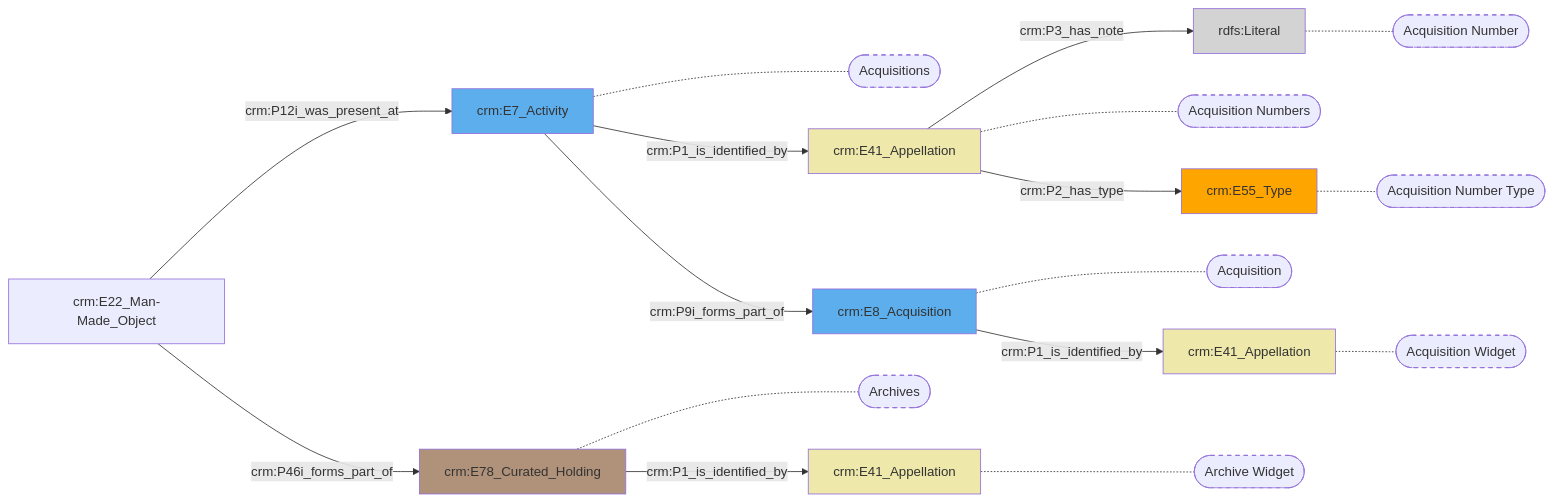
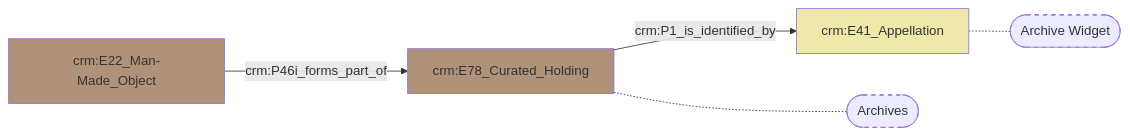
One commit to digipolisantwerpdocumentation/antwerp-cultureel-erfgoed changed the diagram in docs/content/modellen/ArchiefItemMaterieel/Context.md. Above: the diagram before and after it, drawn with Mermaid. The commit also changed 32 other files, not shown here.

````diff
--- a/docs/content/modellen/ArchiefItemMaterieel/Context.md
+++ b/docs/content/modellen/ArchiefItemMaterieel/Context.md
@@ -1,35 +1,12 @@
 ```mermaid
 graph LR
-3dd7317e-b4e3-11ec-9349-9cf387da2c40["crm:E41_Appellation"]-->|"crm:P3_has_note"|52db2ac6-b4e3-11ec-9349-9cf387da2c40(rdfs:Literal)
-1dcf1ebe-b4e3-11ec-9349-9cf387da2c40["crm:E41_Appellation"]-.-1dcf1ebe-b4e3-11ec-9349-9cf387da2c40_s(["Acquisition Widget"])
-6da8f02c-b4e3-11ec-9349-9cf387da2c40["crm:E55_Type"]-.-6da8f02c-b4e3-11ec-9349-9cf387da2c40_s(["Acquisition Number Type"])
-52db2ac6-b4e3-11ec-9349-9cf387da2c40["rdfs:Literal"]-.-52db2ac6-b4e3-11ec-9349-9cf387da2c40_s(["Acquisition Number"])
-3dd7317e-b4e3-11ec-9349-9cf387da2c40["crm:E41_Appellation"]-.-3dd7317e-b4e3-11ec-9349-9cf387da2c40_s(["Acquisition Numbers"])
-076d1fc2-b4e3-11ec-9349-9cf387da2c40["crm:E8_Acquisition"]-.-076d1fc2-b4e3-11ec-9349-9cf387da2c40_s(["Acquisition"])
+d1dc46aa-a5fe-11ec-b19f-9cf387da2c40["crm:E78_Curated_Holding"]-->|"crm:P1_is_identified_by"|d1dd8b50-a5fe-11ec-b19f-9cf387da2c40["crm:E41_Appellation"]
+d1dd96e0-a5fe-11ec-b19f-9cf387da2c40["crm:E22_Man-Made_Object"]-->|"crm:P46i_forms_part_of"|d1dc46aa-a5fe-11ec-b19f-9cf387da2c40["crm:E78_Curated_Holding"]
 d1dd8b50-a5fe-11ec-b19f-9cf387da2c40["crm:E41_Appellation"]-.-d1dd8b50-a5fe-11ec-b19f-9cf387da2c40_s(["Archive Widget"])
-cb619fd0-b4e2-11ec-9349-9cf387da2c40["crm:E7_Activity"]-.-cb619fd0-b4e2-11ec-9349-9cf387da2c40_s(["Acquisitions"])
 d1dc46aa-a5fe-11ec-b19f-9cf387da2c40["crm:E78_Curated_Holding"]-.-d1dc46aa-a5fe-11ec-b19f-9cf387da2c40_s(["Archives"])
-076d1fc2-b4e3-11ec-9349-9cf387da2c40["crm:E8_Acquisition"]-->|"crm:P1_is_identified_by"|1dcf1ebe-b4e3-11ec-9349-9cf387da2c40["crm:E41_Appellation"]
-3dd7317e-b4e3-11ec-9349-9cf387da2c40["crm:E41_Appellation"]-->|"crm:P2_has_type"|6da8f02c-b4e3-11ec-9349-9cf387da2c40["crm:E55_Type"]
-cb619fd0-b4e2-11ec-9349-9cf387da2c40["crm:E7_Activity"]-->|"crm:P1_is_identified_by"|3dd7317e-b4e3-11ec-9349-9cf387da2c40["crm:E41_Appellation"]
-cb619fd0-b4e2-11ec-9349-9cf387da2c40["crm:E7_Activity"]-->|"crm:P9i_forms_part_of"|076d1fc2-b4e3-11ec-9349-9cf387da2c40["crm:E8_Acquisition"]
-d1dc46aa-a5fe-11ec-b19f-9cf387da2c40["crm:E78_Curated_Holding"]-->|"crm:P1_is_identified_by"|d1dd8b50-a5fe-11ec-b19f-9cf387da2c40["crm:E41_Appellation"]
-d1dd96e0-a5fe-11ec-b19f-9cf387da2c40["crm:E22_Man-Made_Object"]-->|"crm:P12i_was_present_at"|cb619fd0-b4e2-11ec-9349-9cf387da2c40["crm:E7_Activity"]
-d1dd96e0-a5fe-11ec-b19f-9cf387da2c40["crm:E22_Man-Made_Object"]-->|"crm:P46i_forms_part_of"|d1dc46aa-a5fe-11ec-b19f-9cf387da2c40["crm:E78_Curated_Holding"]
-style 076d1fc2-b4e3-11ec-9349-9cf387da2c40 fill:#5DAEEC
-style 1dcf1ebe-b4e3-11ec-9349-9cf387da2c40 fill:#EEE8AA
-style 3dd7317e-b4e3-11ec-9349-9cf387da2c40 fill:#EEE8AA
-style 52db2ac6-b4e3-11ec-9349-9cf387da2c40 fill:#D3D3D3
-style 6da8f02c-b4e3-11ec-9349-9cf387da2c40 fill:#ffa500
-style cb619fd0-b4e2-11ec-9349-9cf387da2c40 fill:#5DAEEC
+style d1dd8b50-a5fe-11ec-b19f-9cf387da2c40_s stroke-dasharray: 5
+style d1dc46aa-a5fe-11ec-b19f-9cf387da2c40_s stroke-dasharray: 5
 style d1dc46aa-a5fe-11ec-b19f-9cf387da2c40 fill:#B0927A
 style d1dd8b50-a5fe-11ec-b19f-9cf387da2c40 fill:#EEE8AA
-style 1dcf1ebe-b4e3-11ec-9349-9cf387da2c40_s stroke-dasharray: 5
-style 6da8f02c-b4e3-11ec-9349-9cf387da2c40_s stroke-dasharray: 5
-style 52db2ac6-b4e3-11ec-9349-9cf387da2c40_s stroke-dasharray: 5
-style 3dd7317e-b4e3-11ec-9349-9cf387da2c40_s stroke-dasharray: 5
-style 076d1fc2-b4e3-11ec-9349-9cf387da2c40_s stroke-dasharray: 5
-style d1dd8b50-a5fe-11ec-b19f-9cf387da2c40_s stroke-dasharray: 5
-style cb619fd0-b4e2-11ec-9349-9cf387da2c40_s stroke-dasharray: 5
-style d1dc46aa-a5fe-11ec-b19f-9cf387da2c40_s stroke-dasharray: 5
+style d1dd96e0-a5fe-11ec-b19f-9cf387da2c40 fill:#B0927A
 ```
````
